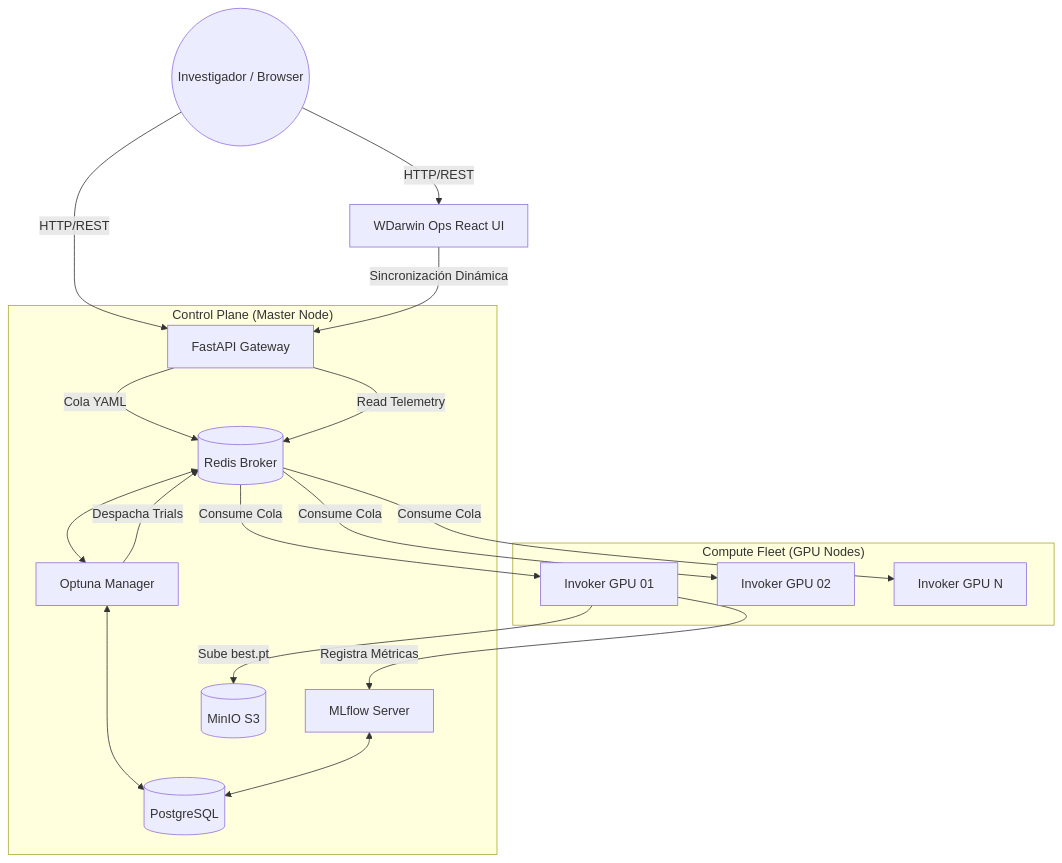
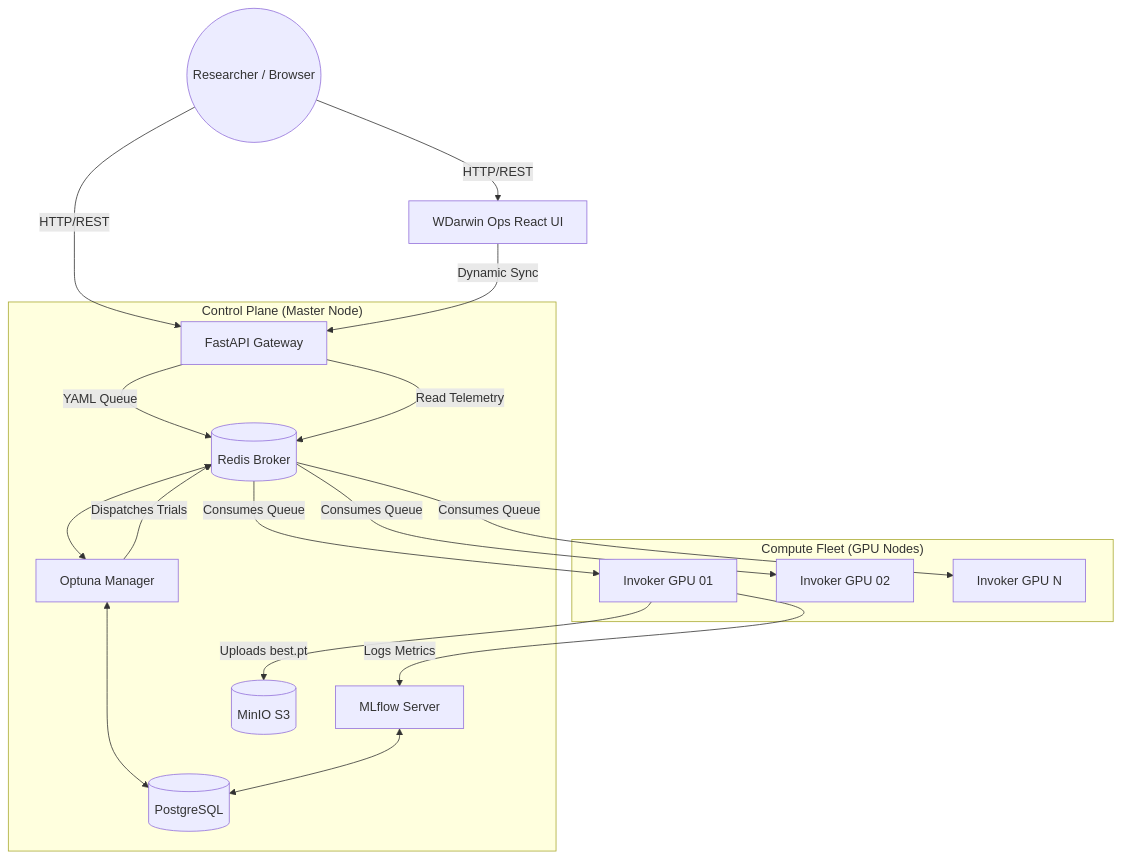
Before and after one commit to wisrovi/wyoloservice2_production: the second of 3 diagrams in README.md, drawn with Mermaid. The commit also changed other lines of this file, not shown here.

````diff
--- a/README.md
+++ b/README.md
@@ -74,29 +74,29 @@
 ```mermaid
 graph TD
-    Client((Investigador / Browser)) -->|HTTP/REST| UI[WDarwin Ops React UI]
+    Client((Researcher / Browser)) -->|HTTP/REST| UI[WDarwin Ops React UI]
     Client -->|HTTP/REST| API[FastAPI Gateway]
-    UI -->|Sincronización Dinámica| API
+    UI -->|Dynamic Sync| API
     
     subgraph "Control Plane (Master Node)"
-        API -->|Cola YAML| Redis[(Redis Broker)]
+        API -->|YAML Queue| Redis[(Redis Broker)]
         API -->|Read Telemetry| Redis
         Redis <--> Manager[Optuna Manager]
         Manager <--> PostgreSQL[(PostgreSQL)]
         MLflow[MLflow Server] <--> PostgreSQL
         MinIO[(MinIO S3)]
     end
 
     subgraph "Compute Fleet (GPU Nodes)"
         Worker1[Invoker GPU 01]
         Worker2[Invoker GPU 02]
         WorkerN[Invoker GPU N]
     end
 
-    Manager -->|Despacha Trials| Redis
-    Redis -->|Consume Cola| Worker1
-    Redis -->|Consume Cola| Worker2
-    Redis -->|Consume Cola| WorkerN
+    Manager -->|Dispatches Trials| Redis
+    Redis -->|Consumes Queue| Worker1
+    Redis -->|Consumes Queue| Worker2
+    Redis -->|Consumes Queue| WorkerN
     
-    Worker1 -->|Registra Métricas| MLflow
-    Worker1 -->|Sube best.pt| MinIO
+    Worker1 -->|Logs Metrics| MLflow
+    Worker1 -->|Uploads best.pt| MinIO
 ```
````
